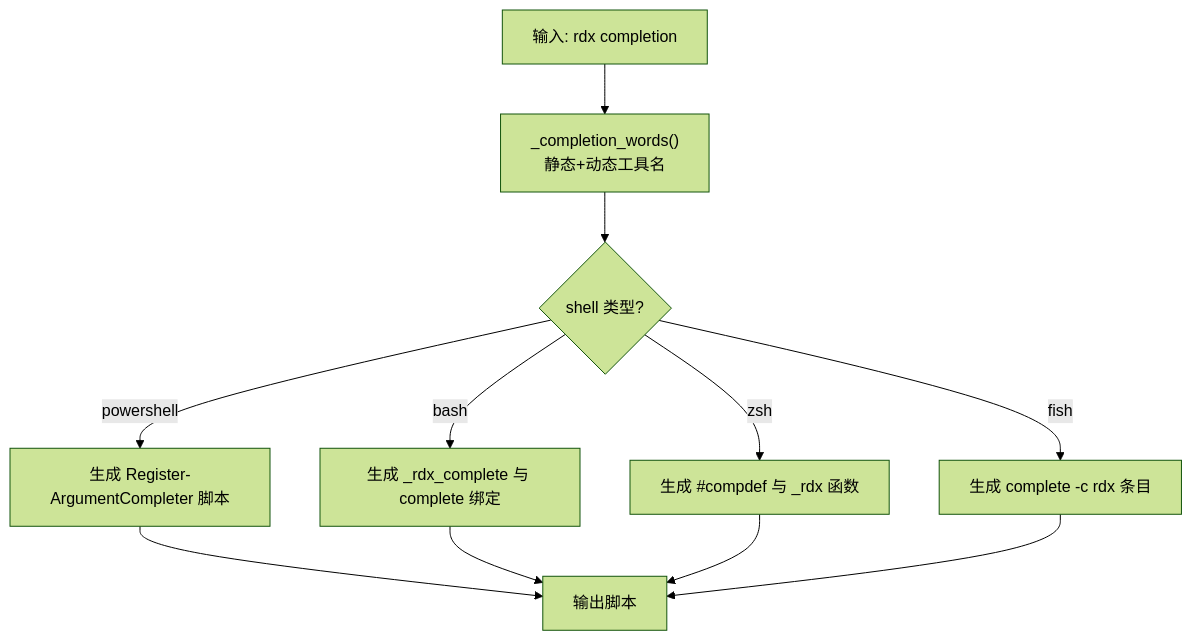
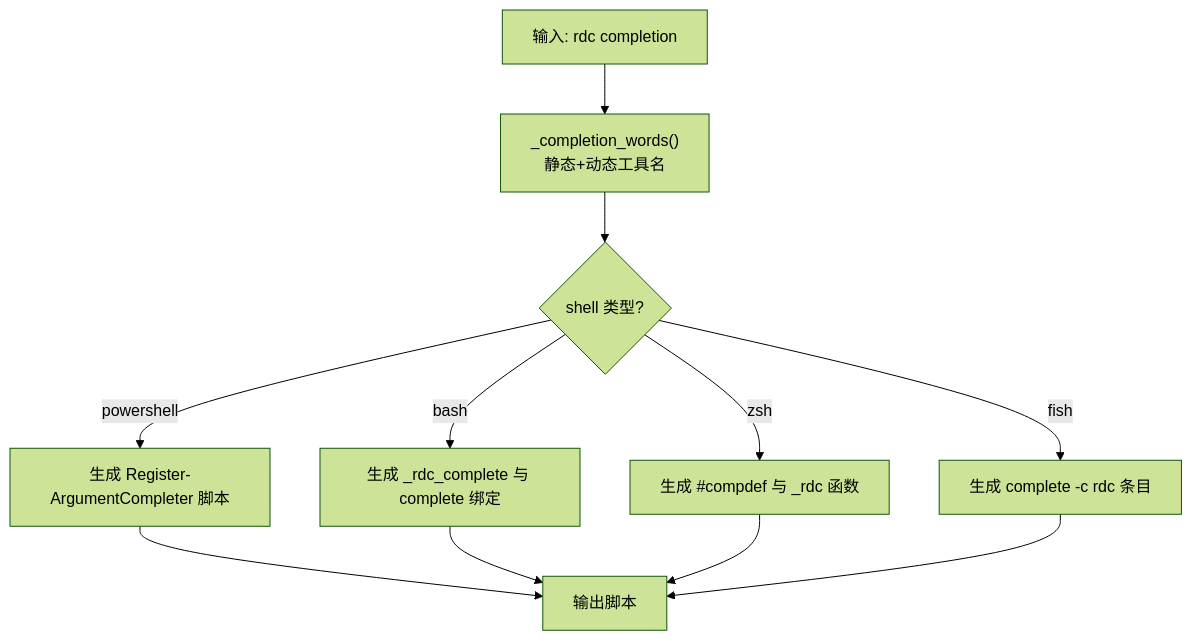
The fifth of 6 diagrams in .qoder/repowiki/zh/content/CLI参考手册/系统信息命令.md (haolange/RDC-Tool), drawn with Mermaid (forest theme) before and after one commit. The commit also changed other lines of this file and 388 other files, not shown here.

````diff
--- a/.qoder/repowiki/zh/content/CLI参考手册/系统信息命令.md
+++ b/.qoder/repowiki/zh/content/CLI参考手册/系统信息命令.md
@@ -229,13 +229,13 @@
 ```mermaid
 flowchart TD
-A["输入: rdx completion <shell>"] --> B["_completion_words()<br/>静态+动态工具名"]
+A["输入: rdc completion <shell>"] --> B["_completion_words()<br/>静态+动态工具名"]
 B --> C{"shell 类型?"}
 C -- powershell --> D["生成 Register-ArgumentCompleter 脚本"]
-C -- bash --> E["生成 _rdx_complete 与 complete 绑定"]
-C -- zsh --> F["生成 #compdef 与 _rdx 函数"]
-C -- fish --> G["生成 complete -c rdx 条目"]
+C -- bash --> E["生成 _rdc_complete 与 complete 绑定"]
+C -- zsh --> F["生成 #compdef 与 _rdc 函数"]
+C -- fish --> G["生成 complete -c rdc 条目"]
 D --> H["输出脚本"]
 E --> H
 F --> H
 G --> H
 ```
````
